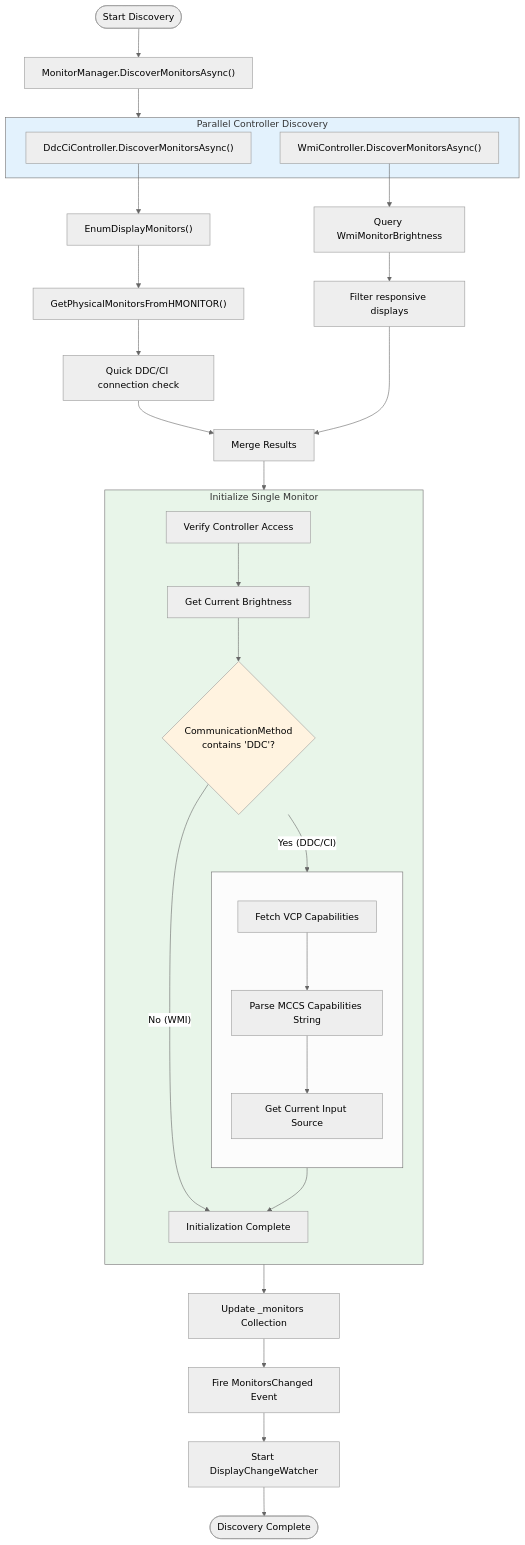
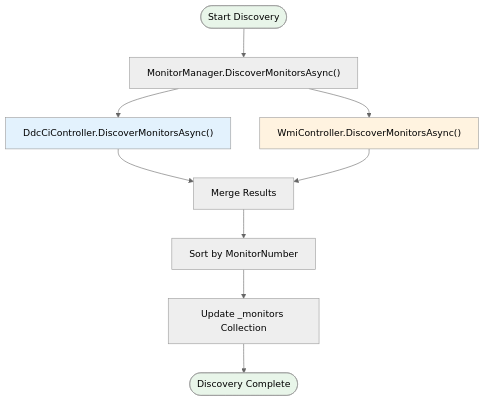
Before and after one commit to microsoft/PowerToys: diagram 14 of 23 in doc/devdocs/modules/powerdisplay/design.md, drawn with Mermaid (neutral theme). The commit also changed other lines of this file, not shown here.

````diff
--- a/doc/devdocs/modules/powerdisplay/design.md
+++ b/doc/devdocs/modules/powerdisplay/design.md
@@ -1004,56 +1153,20 @@
 ```mermaid
 flowchart TB
-    Start([Start Discovery]) --> Init["MonitorManager.DiscoverMonitorsAsync()"]
+    Start([Start Discovery])
+    Start --> MM["MonitorManager.DiscoverMonitorsAsync()"]
 
-    Init --> ParallelDiscover["Parallel Discovery"]
+    MM --> DDC["DdcCiController.DiscoverMonitorsAsync()"]
+    MM --> WMI["WmiController.DiscoverMonitorsAsync()"]
 
-    subgraph ParallelDiscover["Parallel Controller Discovery"]
-        DDCDiscover["DdcCiController.DiscoverMonitorsAsync()"]
-        WMIDiscover["WmiController.DiscoverMonitorsAsync()"]
-    end
+    DDC --> Merge["Merge Results"]
+    WMI --> Merge
 
-    DDCDiscover --> DDCEnum["EnumDisplayMonitors()"]
-    DDCEnum --> DDCPhysical["GetPhysicalMonitorsFromHMONITOR()"]
-    DDCPhysical --> DDCCheck["Quick DDC/CI connection check"]
+    Merge --> Sort["Sort by MonitorNumber"]
+    Sort --> Update["Update _monitors Collection"]
+    Update --> Done([Discovery Complete])
 
-    WMIDiscover --> WMIQuery["Query WmiMonitorBrightness"]
-    WMIQuery --> WMIFilter["Filter responsive displays"]
-
-    DDCCheck --> Merge["Merge Results"]
-    WMIFilter --> Merge
-
-    Merge --> InitLoop["For Each Monitor"]
-
-    subgraph InitLoop["Initialize Single Monitor"]
-        direction TB
-        VerifyControl["Verify Controller Access"]
-        GetBrightness["Get Current Brightness"]
-        CheckType{"CommunicationMethod<br/>contains 'DDC'?"}
-
-        subgraph DDCPath[" "]
-            direction TB
-            GetCaps["Fetch VCP Capabilities"]
-            ParseCaps["Parse MCCS Capabilities String"]
-            InitInputSource["Get Current Input Source"]
-        end
-
-        Done["Initialization Complete"]
-    end
-
-    VerifyControl --> GetBrightness
-    GetBrightness --> CheckType
-    CheckType -->|"Yes (DDC/CI)"| GetCaps
-    GetCaps --> ParseCaps
-    ParseCaps --> InitInputSource
-    InitInputSource --> Done
-    CheckType -->|"No (WMI)"| Done
-
-    InitLoop --> UpdateCollection["Update _monitors Collection"]
-    UpdateCollection --> FireEvent["Fire MonitorsChanged Event"]
-    FireEvent --> StartWatcher["Start DisplayChangeWatcher"]
-    StartWatcher --> End([Discovery Complete])
-
-    style ParallelDiscover fill:#e3f2fd
-    style InitLoop fill:#e8f5e9
-    style CheckType fill:#fff3e0
+    style Start fill:#e8f5e9
+    style Done fill:#e8f5e9
+    style DDC fill:#e3f2fd
+    style WMI fill:#fff3e0
 ```
````
